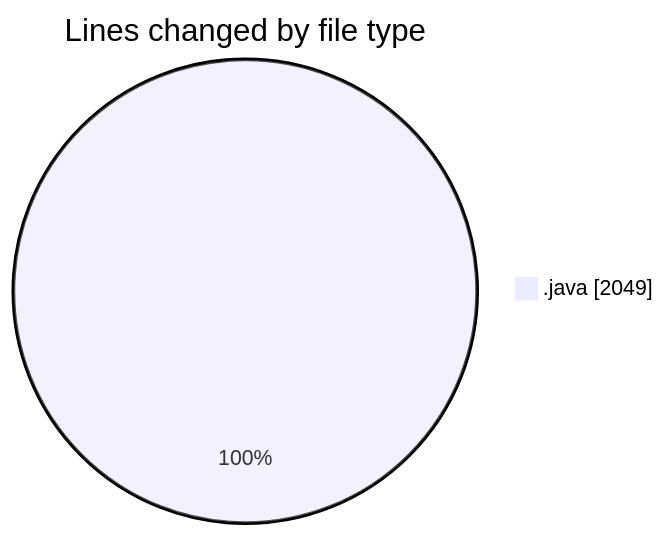
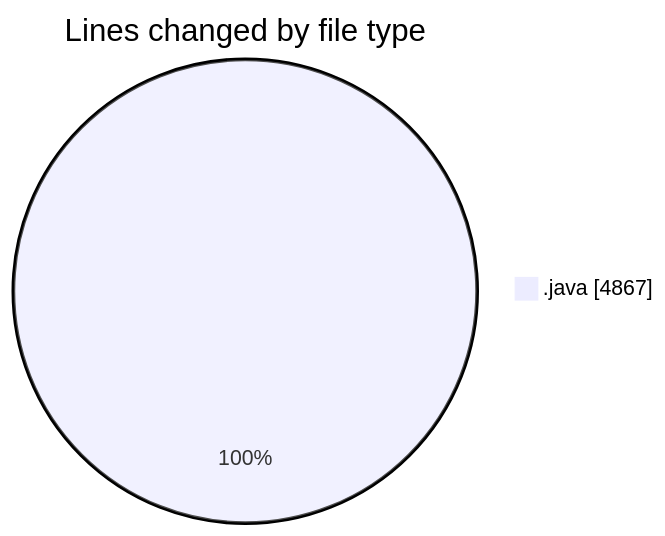
Before and after one commit to ricardozamudiocil/code-tracking: the first of 2 diagrams in 2026-04-30/cilapp/README.md, drawn with Mermaid. The commit also changed other lines of this file and 1 other file, not shown here.

````diff
--- a/2026-04-30/cilapp/README.md
+++ b/2026-04-30/cilapp/README.md
@@ -24,5 +24,5 @@
 ```mermaid
 pie showData
 title Lines changed by file type
-".java" : 2049
+".java" : 4867
 ```
````
